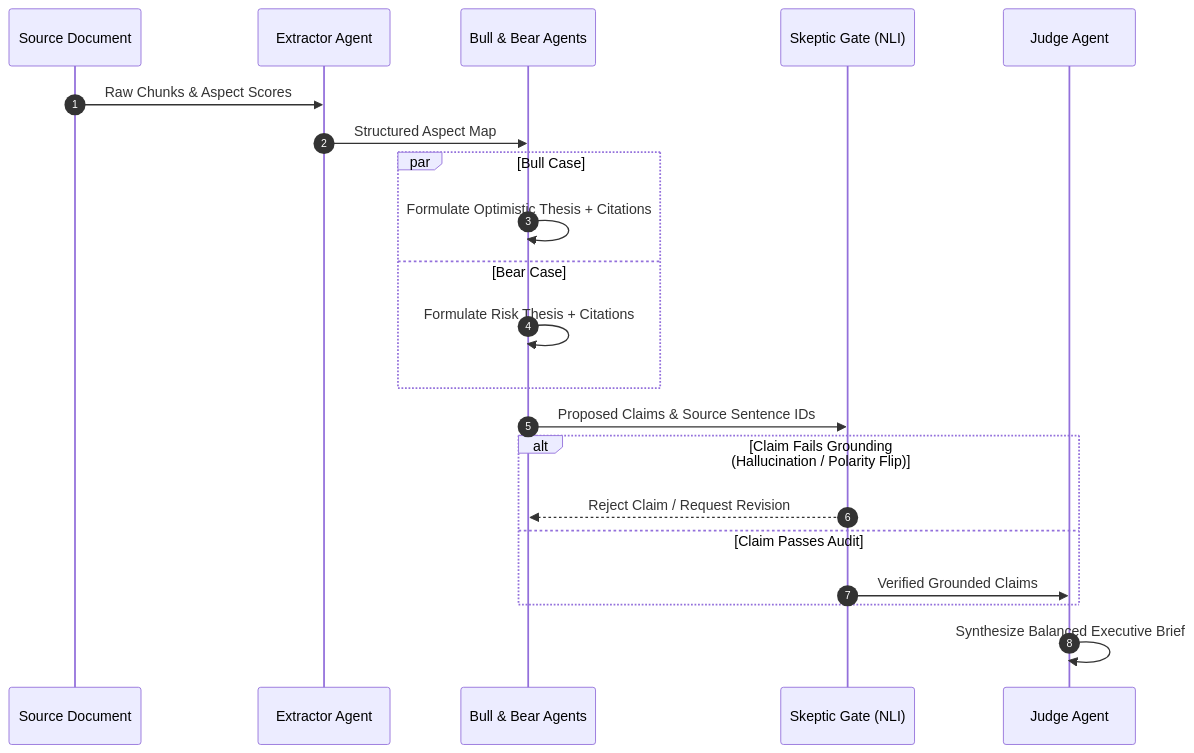
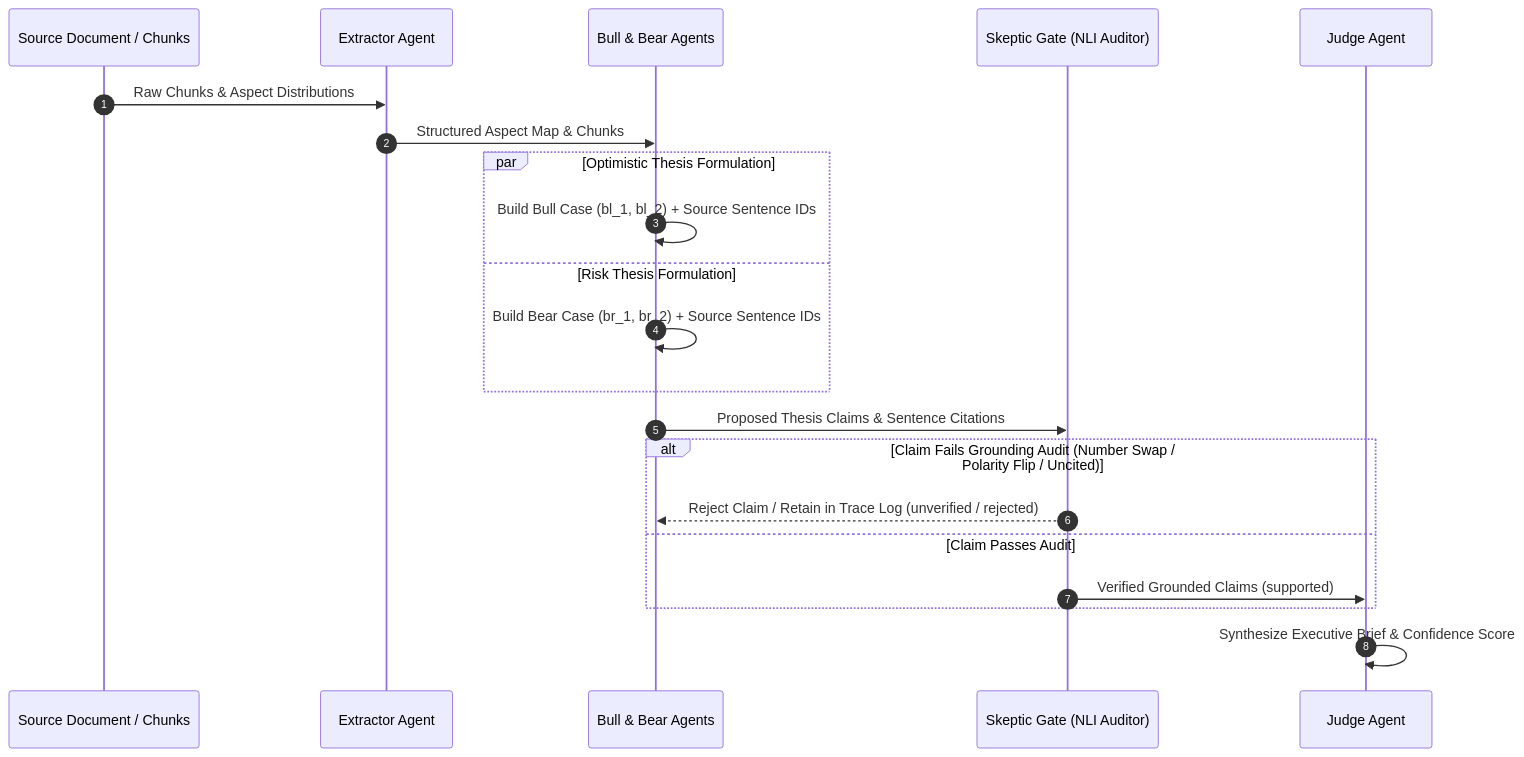
One commit to nishnarudkar/Sentari changed the second of 2 diagrams in README.md. Above: the diagram before and after it, drawn with Mermaid. The commit also changed other lines of this file, not shown here.

Commit message:
docs: expand README with comprehensive technical architecture, benchmarks, multi-agent workflow, and API reference

````diff
--- a/README.md
+++ b/README.md
@@ -109,24 +149,24 @@
 ```mermaid
 sequenceDiagram
     autonumber
-    participant Doc as Source Document
+    participant Doc as Source Document / Chunks
     participant Ext as Extractor Agent
     participant Debater as Bull & Bear Agents
-    participant Skep as Skeptic Gate (NLI)
+    participant Skep as Skeptic Gate (NLI Auditor)
     participant Judge as Judge Agent
 
-    Doc->>Ext: Raw Chunks & Aspect Scores
-    Ext->>Debater: Structured Aspect Map
-    par Bull Case
-        Debater->>Debater: Formulate Optimistic Thesis + Citations
-    and Bear Case
-        Debater->>Debater: Formulate Risk Thesis + Citations
+    Doc->>Ext: Raw Chunks & Aspect Distributions
+    Ext->>Debater: Structured Aspect Map & Chunks
+    par Optimistic Thesis Formulation
+        Debater->>Debater: Build Bull Case (bl_1, bl_2) + Source Sentence IDs
+    and Risk Thesis Formulation
+        Debater->>Debater: Build Bear Case (br_1, br_2) + Source Sentence IDs
     end
-    Debater->>Skep: Proposed Claims & Source Sentence IDs
-    alt Claim Fails Grounding (Hallucination / Polarity Flip)
-        Skep-->>Debater: Reject Claim / Request Revision
+    Debater->>Skep: Proposed Thesis Claims & Sentence Citations
+    alt Claim Fails Grounding Audit (Number Swap / Polarity Flip / Uncited)
+        Skep-->>Debater: Reject Claim / Retain in Trace Log (unverified / rejected)
     else Claim Passes Audit
-        Skep->>Judge: Verified Grounded Claims
+        Skep->>Judge: Verified Grounded Claims (supported)
     end
-    Judge->>Judge: Synthesize Balanced Executive Brief
+    Judge->>Judge: Synthesize Executive Brief & Confidence Score
 ```
````
